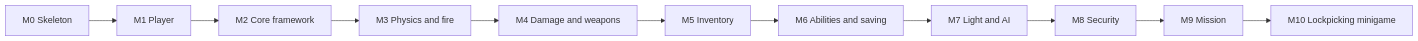
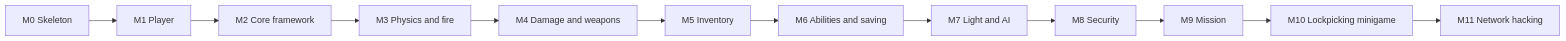
Before and after one commit to matts2cant/im-sim-proto: the second of 2 diagrams in design/README.md, drawn with Mermaid. The commit also changed other lines of this file and 21 other files, not shown here.

First line of the commit message:
Design: network hacking (ADR 0074), alarms as devices (ADR 0075), Computer skill replaces Electronics and multitool (ADR 0076)

````diff
--- a/design/README.md
+++ b/design/README.md
@@ -41,13 +42,14 @@
 ```mermaid
 flowchart LR
     M0["M0 Skeleton"] --> M1["M1 Player"]
     M1 --> M2["M2 Core framework"]
     M2 --> M3["M3 Physics and fire"]
     M3 --> M4["M4 Damage and weapons"]
     M4 --> M5["M5 Inventory"]
     M5 --> M6["M6 Abilities and saving"]
     M6 --> M7["M7 Light and AI"]
     M7 --> M8["M8 Security"]
     M8 --> M9["M9 Mission"]
     M9 --> M10["M10 Lockpicking minigame"]
+    M10 --> M11["M11 Network hacking"]
 ```
````
